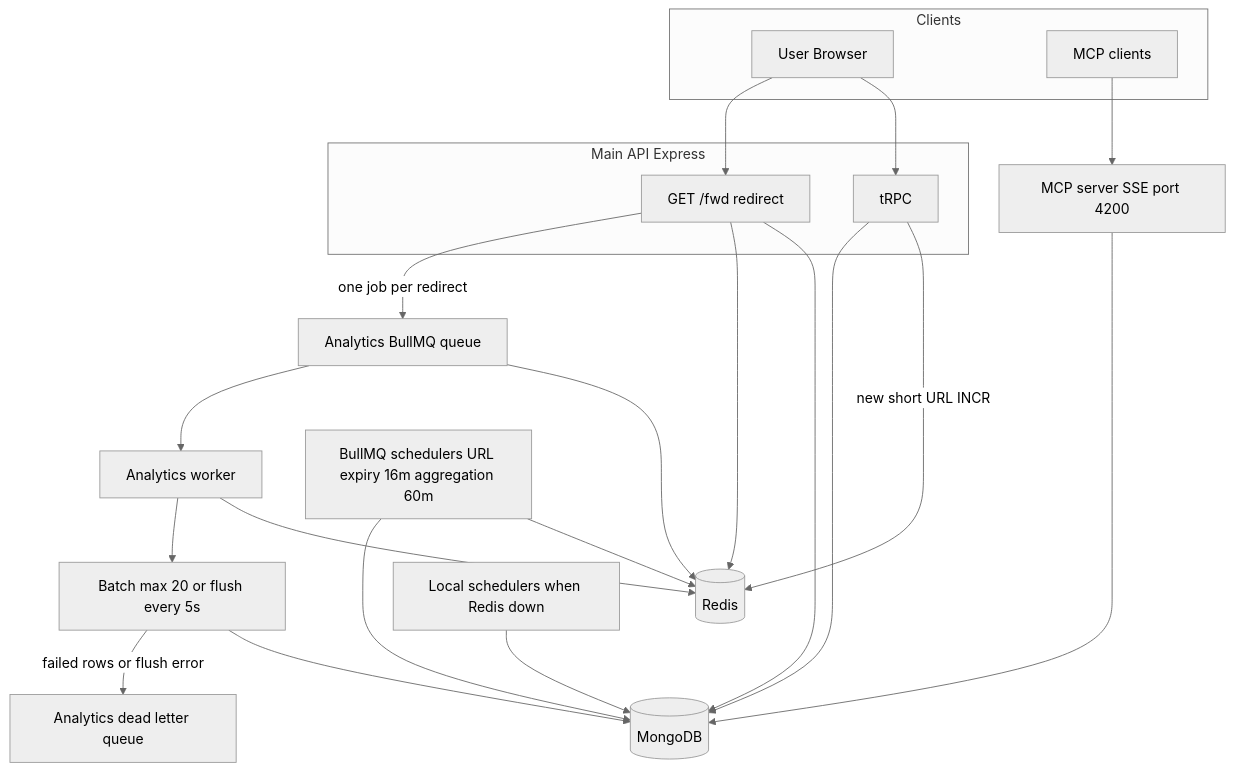
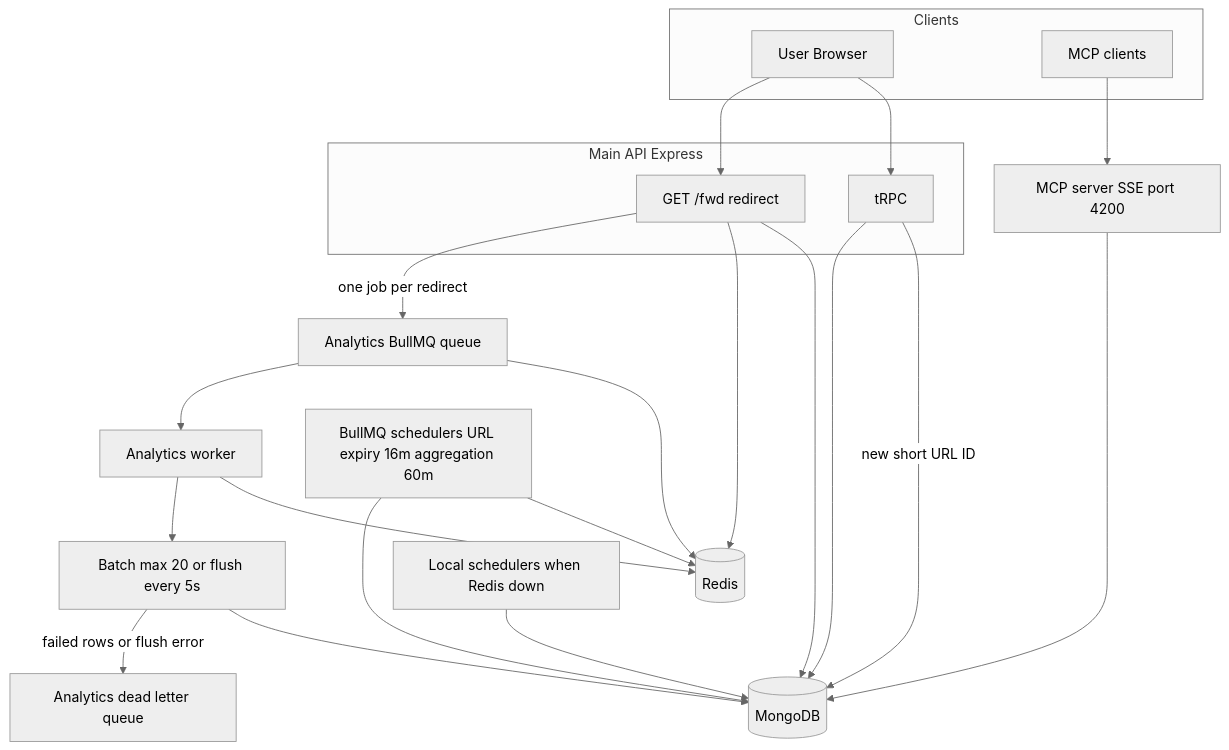
Before and after one commit to Abhi-wolf/LinkForge: the first of 2 diagrams in README.md, drawn with Mermaid (neutral theme). The commit also changed other lines of this file and 8 other files, not shown here.

````diff
--- a/README.md
+++ b/README.md
@@ -137,39 +141,39 @@
 ```mermaid
 flowchart TB
   subgraph clients [Clients]
     browser[User Browser]
     mcpClients[MCP clients]
   end
   subgraph mainApi [Main API Express]
     trpc[tRPC]
     redirect[GET /fwd redirect]
   end
   mcpServer[MCP server SSE port 4200]
   mongo[(MongoDB)]
   redis[(Redis)]
   q[Analytics BullMQ queue]
   worker[Analytics worker]
   batch[Batch max 20 or flush every 5s]
   dlq[Analytics dead letter queue]
   bullSched[BullMQ schedulers URL expiry 16m aggregation 60m]
   localSched[Local schedulers when Redis down]
 
   browser --> trpc
   browser --> redirect
   mcpClients --> mcpServer
-  trpc -->|new short URL INCR| redis
+   trpc -->|new short URL ID| mongo
   trpc --> mongo
   redirect --> mongo
   redirect --> redis
   redirect -->|one job per redirect| q
   mcpServer --> mongo
   q --> redis
   q --> worker
   worker --> redis
   worker --> batch
   batch --> mongo
   batch -->|failed rows or flush error| dlq
   bullSched --> redis
   bullSched --> mongo
   localSched --> mongo
 ```
````
